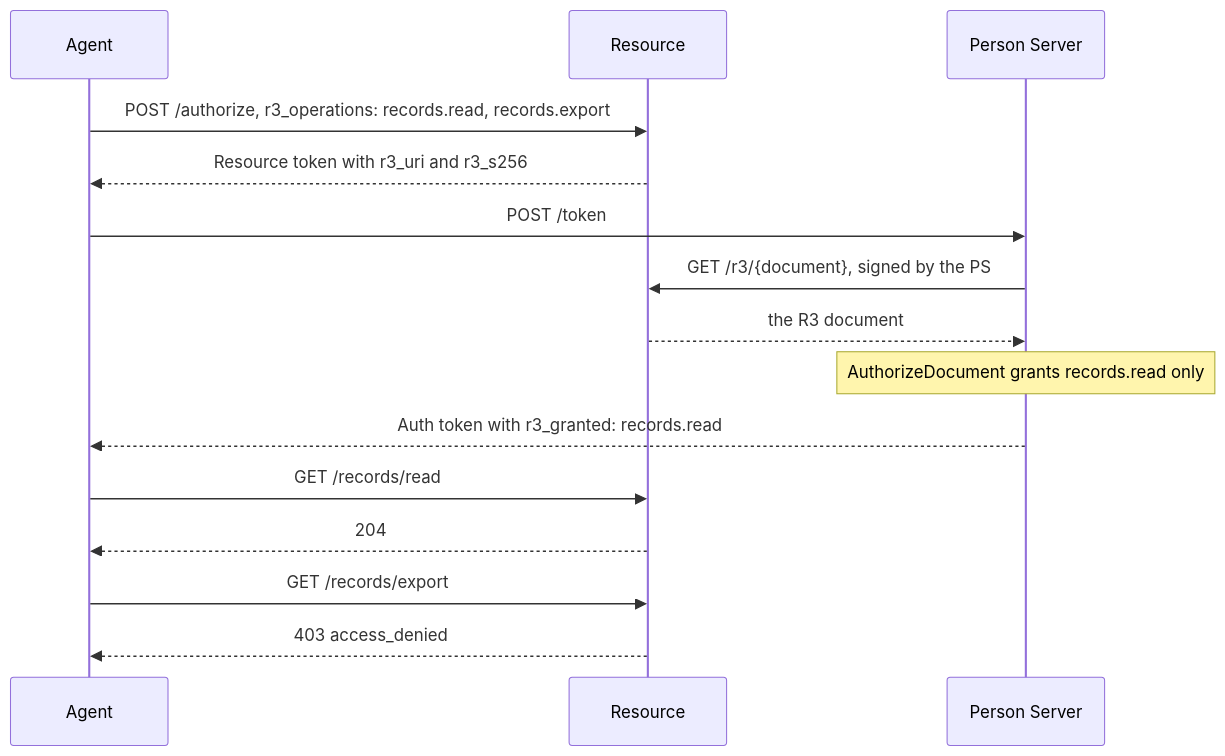
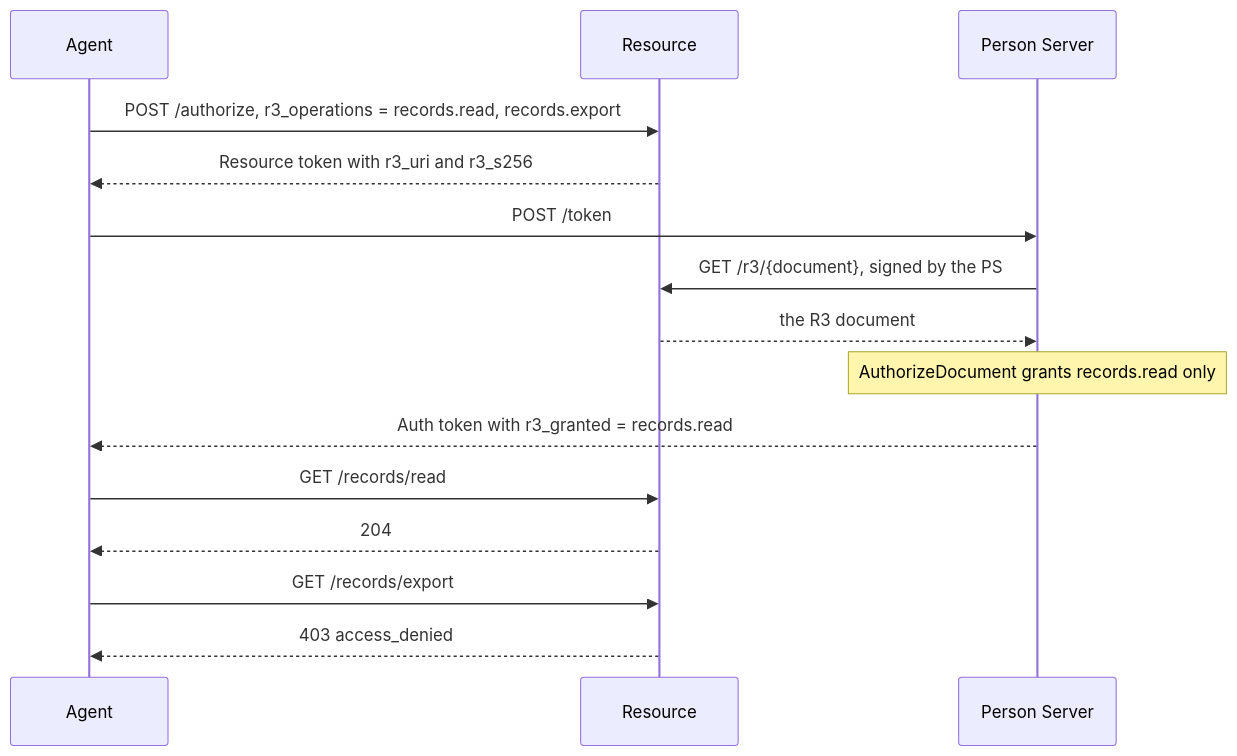
One commit to sidecat-dev/aauth-go changed the diagram in docs/features/r3.md. Above: the diagram before and after it, drawn with Mermaid. The commit also changed 14 other files, not shown here.

First line of the commit message:
docs: make every mermaid diagram render on GitLab

````diff
--- a/docs/features/r3.md
+++ b/docs/features/r3.md
@@ -19,17 +19,17 @@
 ```mermaid
 sequenceDiagram
     participant Agent
     participant Resource
     participant PS as Person Server
-    Agent->>Resource: POST /authorize, r3_operations: records.read, records.export
-    Resource-->>Agent: Resource token with r3_uri and r3_s256
-    Agent->>PS: POST /token
-    PS->>Resource: GET /r3/{document}, signed by the PS
-    Resource-->>PS: the R3 document
-    Note over PS: AuthorizeDocument grants records.read only
-    PS-->>Agent: Auth token with r3_granted: records.read
-    Agent->>Resource: GET /records/read
-    Resource-->>Agent: 204
-    Agent->>Resource: GET /records/export
-    Resource-->>Agent: 403 access_denied
+    Agent->>Resource : POST /authorize, r3_operations = records.read, records.export
+    Resource-->>Agent : Resource token with r3_uri and r3_s256
+    Agent->>PS : POST /token
+    PS->>Resource : GET /r3/{document}, signed by the PS
+    Resource-->>PS : the R3 document
+    Note over PS : AuthorizeDocument grants records.read only
+    PS-->>Agent : Auth token with r3_granted = records.read
+    Agent->>Resource : GET /records/read
+    Resource-->>Agent : 204
+    Agent->>Resource : GET /records/export
+    Resource-->>Agent : 403 access_denied
 ```
````
